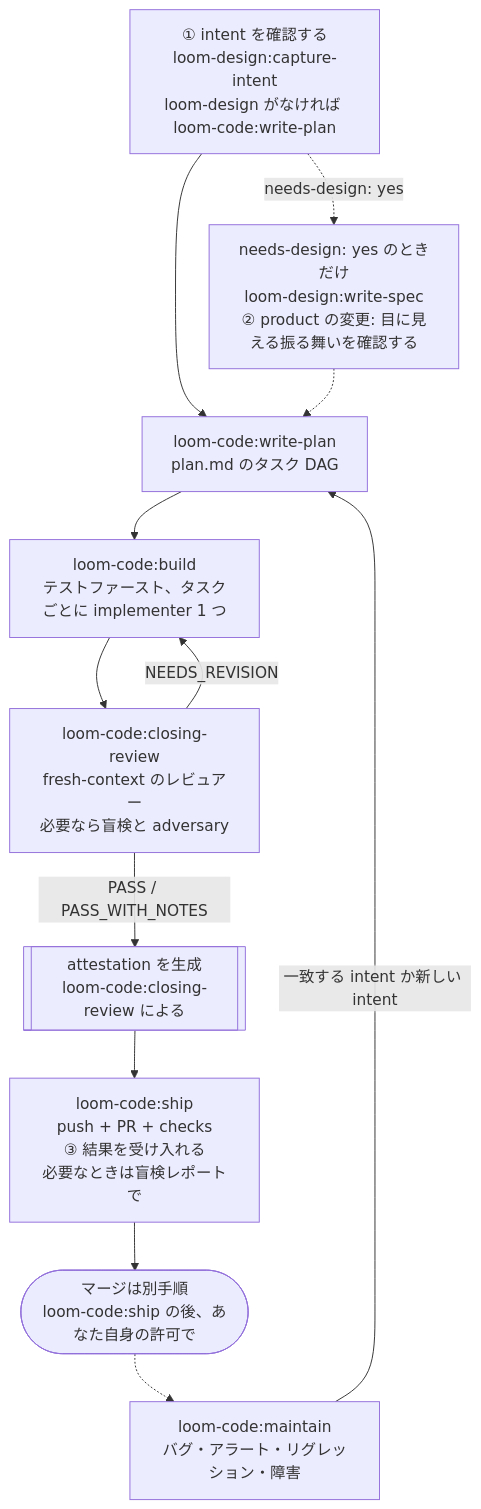
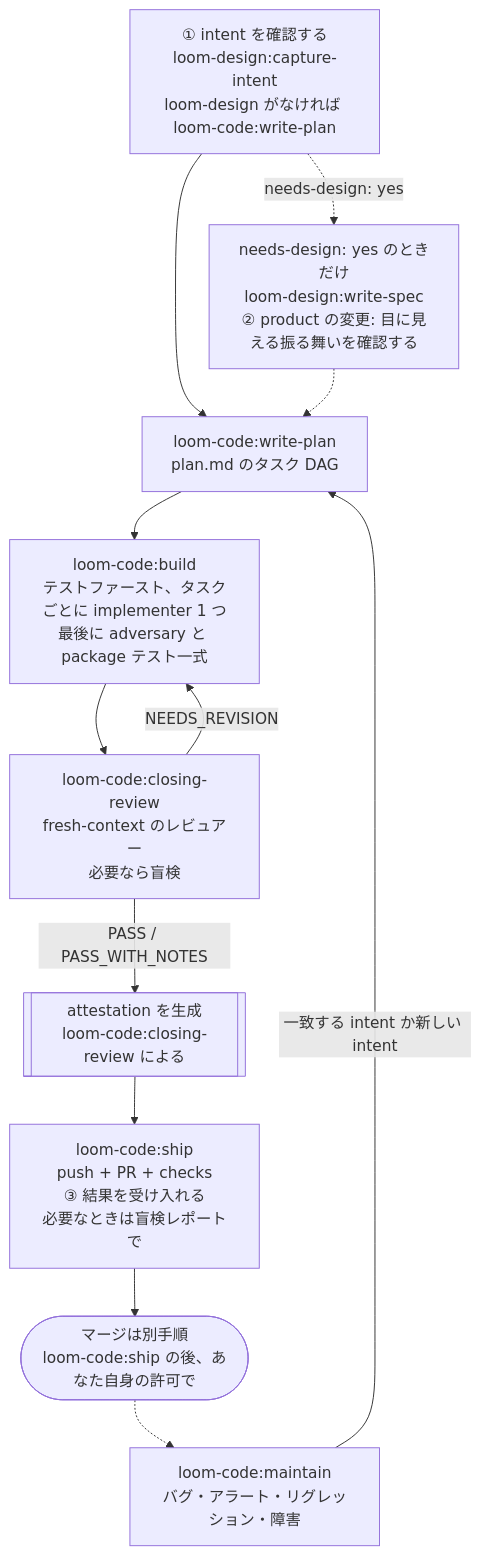
The diagram in loom-code/README.ja.md (kouko/loom-plugins), drawn with Mermaid before and after one commit. The commit also changed other lines of this file and 48 other files, not shown here.

First line of the commit message:
feat(loom-code): run mechanical checks before closing review (#15)

````diff
--- a/loom-code/README.ja.md
+++ b/loom-code/README.ja.md
@@ -19,24 +19,24 @@
 ```mermaid
 flowchart TD
     intent["① intent を確認する<br/>loom-design:capture-intent<br/>loom-design がなければ loom-code:write-plan"]
     spec["needs-design: yes のときだけ<br/>loom-design:write-spec<br/>② product の変更: 目に見える振る舞いを確認する"]
     plan["loom-code:write-plan<br/>plan.md のタスク DAG"]
-    build["loom-code:build<br/>テストファースト、タスクごとに implementer 1 つ"]
-    review["loom-code:closing-review<br/>fresh-context のレビュアー<br/>必要なら盲検と adversary"]
+    build["loom-code:build<br/>テストファースト、タスクごとに implementer 1 つ<br/>最後に adversary と package テスト一式"]
+    review["loom-code:closing-review<br/>fresh-context のレビュアー<br/>必要なら盲検"]
     attest[["attestation を生成<br/>loom-code:closing-review による"]]
     ship["loom-code:ship<br/>push + PR + checks<br/>③ 結果を受け入れる<br/>必要なときは盲検レポートで"]
     merged(["マージは別手順<br/>loom-code:ship の後、あなた自身の許可で"])
     maintain["loom-code:maintain<br/>バグ・アラート・リグレッション・障害"]
 
     intent --> plan
     intent -.->|"needs-design: yes"| spec
     spec -.-> plan
     plan --> build
     build --> review
     review -->|"NEEDS_REVISION"| build
     review -->|"PASS / PASS_WITH_NOTES"| attest
     attest --> ship
     ship --> merged
     merged -.-> maintain
     maintain -->|"一致する intent か新しい intent"| plan
 ```
````
